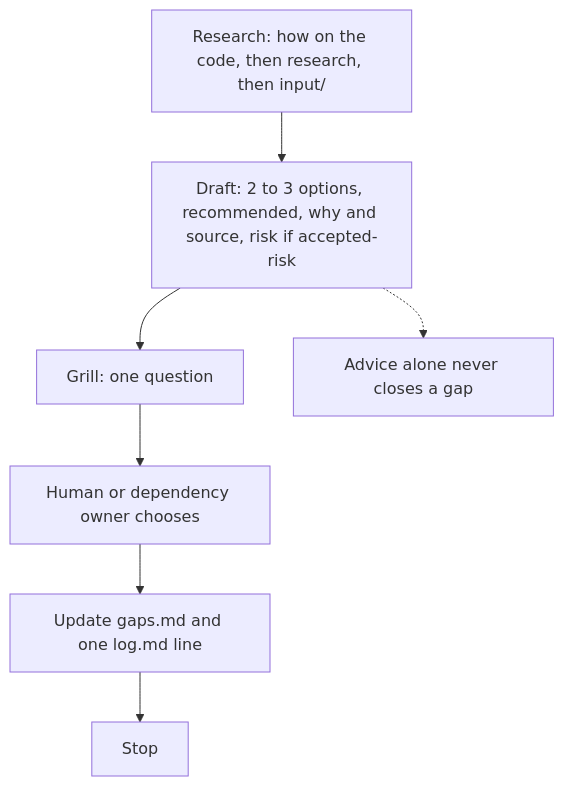
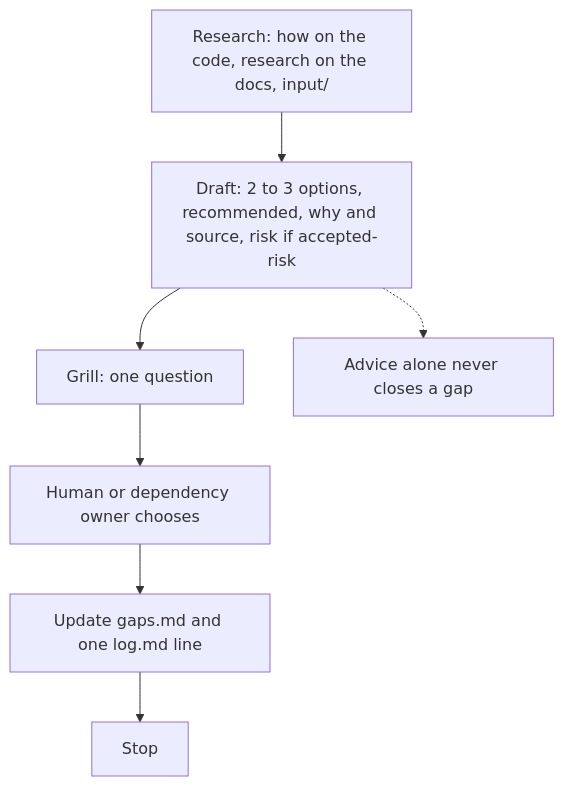
Before and after one commit to svennijhuis/agentPacks: the first of 3 diagrams in plugins/productivity/README.md, drawn with Mermaid. The commit also changed other lines of this file and 3 other files, not shown here.

````diff
--- a/plugins/productivity/README.md
+++ b/plugins/productivity/README.md
@@ -72,9 +72,9 @@
 ```mermaid
 flowchart TD
-  research["Research: how on the code, then research, then input/"] --> advice["Draft: 2 to 3 options, recommended, why and source, risk if accepted-risk"]
+  research["Research: how on the code, research on the docs, input/"] --> advice["Draft: 2 to 3 options, recommended, why and source, risk if accepted-risk"]
   advice --> grill["Grill: one question"]
   grill --> choice["Human or dependency owner chooses"]
   choice --> record["Update gaps.md and one log.md line"]
   record --> halt["Stop"]
   advice -.-> never["Advice alone never closes a gap"]
 ```
````
